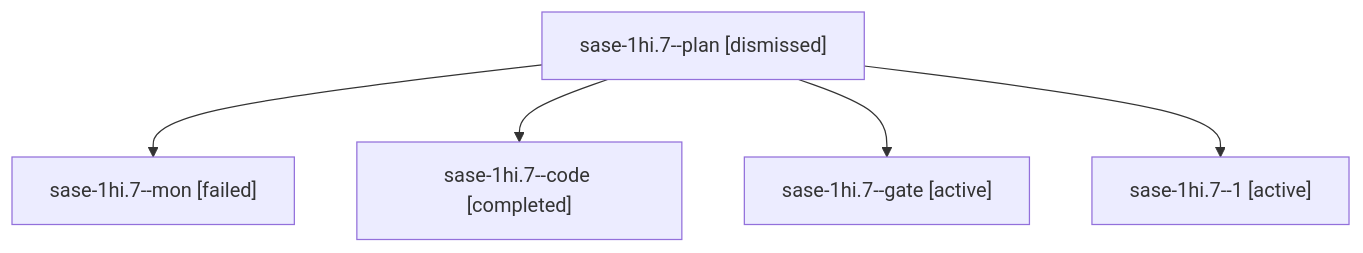
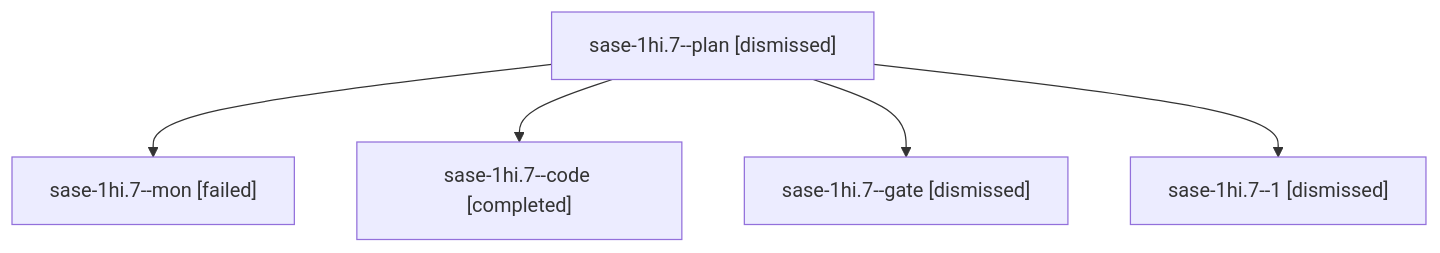
The diagram in sessions/bbugyi200.apollo.sase-1hi.7.md (sase-org/sase--agents), drawn with Mermaid before and after one commit. The commit also changed other lines of this file and 231 other files, not shown here.

````diff
--- a/sessions/bbugyi200.apollo.sase-1hi.7.md
+++ b/sessions/bbugyi200.apollo.sase-1hi.7.md
@@ -9,12 +9,12 @@
 ```mermaid
 flowchart TD
   n0["sase-1hi.7--plan [dismissed]"]
   n1["sase-1hi.7--mon [failed]"]
   n0 --> n1
   n2["sase-1hi.7--code [completed]"]
   n0 --> n2
-  n3["sase-1hi.7--gate [active]"]
+  n3["sase-1hi.7--gate [dismissed]"]
   n0 --> n3
-  n4["sase-1hi.7--1 [active]"]
+  n4["sase-1hi.7--1 [dismissed]"]
   n0 --> n4
 ```
````
